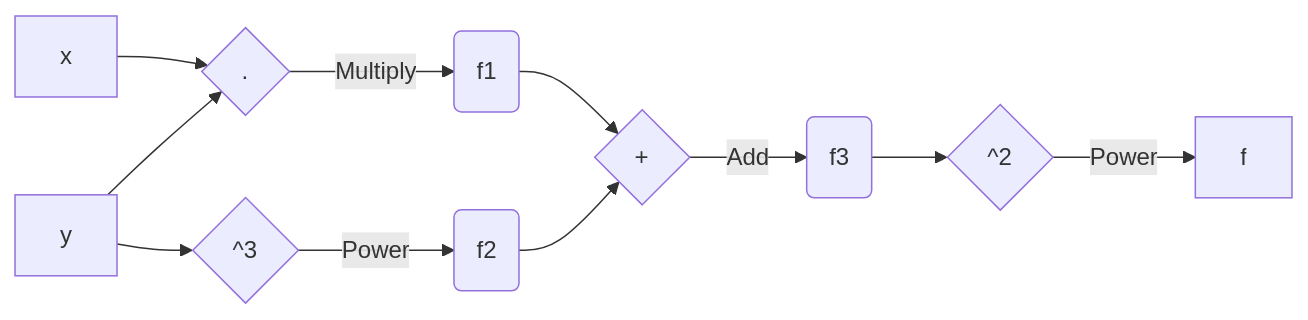
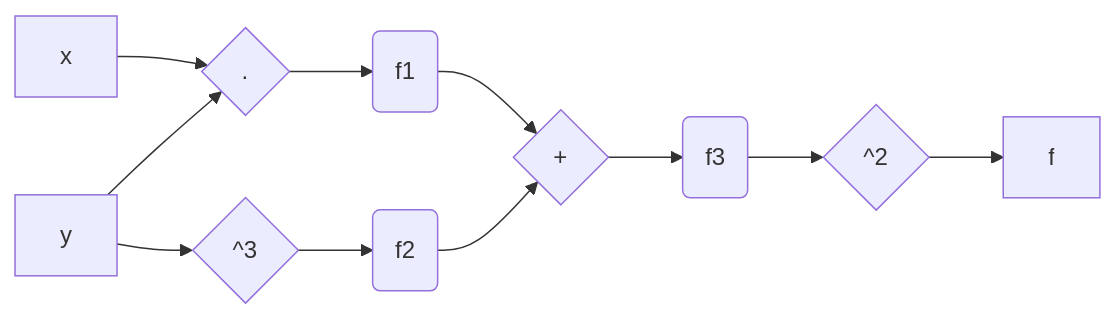
The first of 2 diagrams in README.md (tgautam03/jac.jl), drawn with Mermaid before and after one commit. The commit also changed other lines of this file and 1 other file, not shown here.

Commit message:
home docs updated

````diff
--- a/README.md
+++ b/README.md
@@ -21,13 +24,13 @@
 ```mermaid
 flowchart LR
     x[x] -->mul{.}
     y[y] -->mul{.}
-    mul -->|Multiply| f1(f1)
+    mul -->f1(f1)
     y -->pow{^3}
-    pow -->|Power| f2(f2)
+    pow --> f2(f2)
     f1 -->add{+}
     f2 -->add{+}
-    add -->|Add| f3(f3)
+    add --> f3(f3)
     f3 --> pow2{^2}
-    pow2 -->|Power| f[f]
+    pow2 --> f[f]
 ```
````
